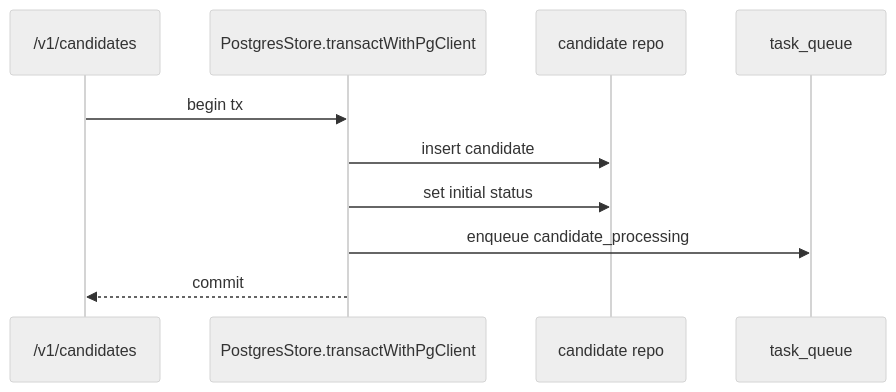
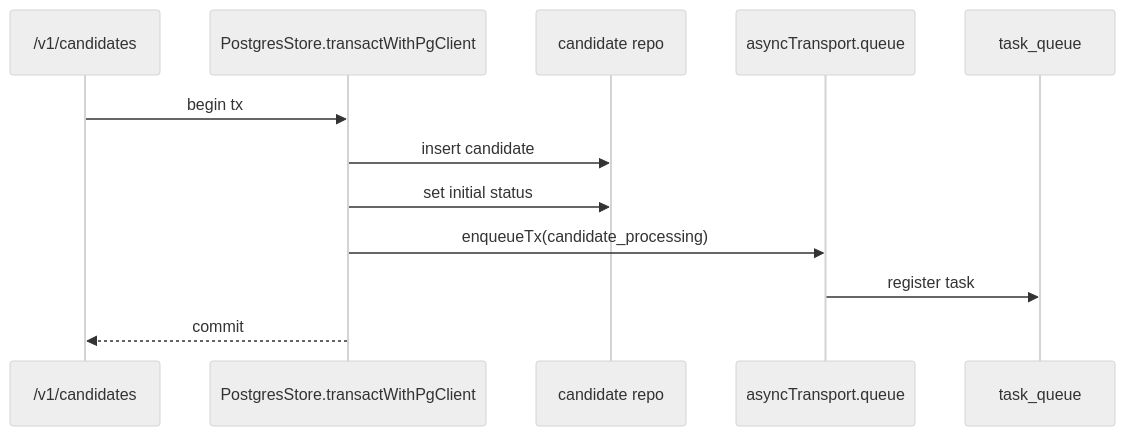
One commit to pofossette/TrapMap-for-vibing changed the second of 10 diagrams in docs/architecture/components/ASYNC_MODEL.md. Above: the diagram before and after it, drawn with Mermaid (neutral theme). The commit also changed other lines of this file and 35 other files, not shown here.

First line of the commit message:
feat: add service-unit decomposition, async transport seam, and lifecycle publisher port

````diff
--- a/docs/architecture/components/ASYNC_MODEL.md
+++ b/docs/architecture/components/ASYNC_MODEL.md
@@ -79,13 +86,15 @@
 ```mermaid
 sequenceDiagram
     participant Route as /v1/candidates
     participant Store as PostgresStore.transactWithPgClient
     participant Candidate as candidate repo
+    participant QueuePort as asyncTransport.queue
     participant Queue as task_queue
 
     Route->>Store: begin tx
     Store->>Candidate: insert candidate
     Store->>Candidate: set initial status
-    Store->>Queue: enqueue candidate_processing
+    Store->>QueuePort: enqueueTx(candidate_processing)
+    QueuePort->>Queue: register task
     Store-->>Route: commit
 ```
````
